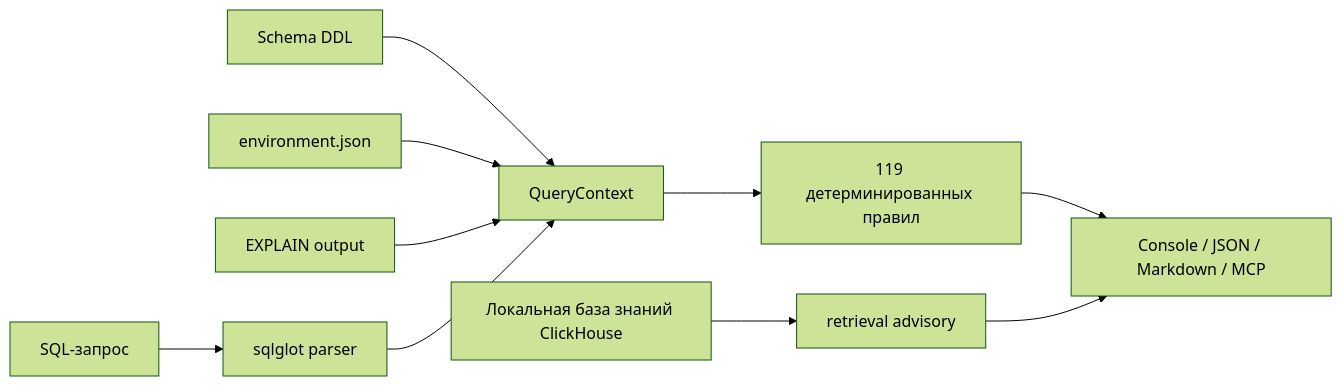
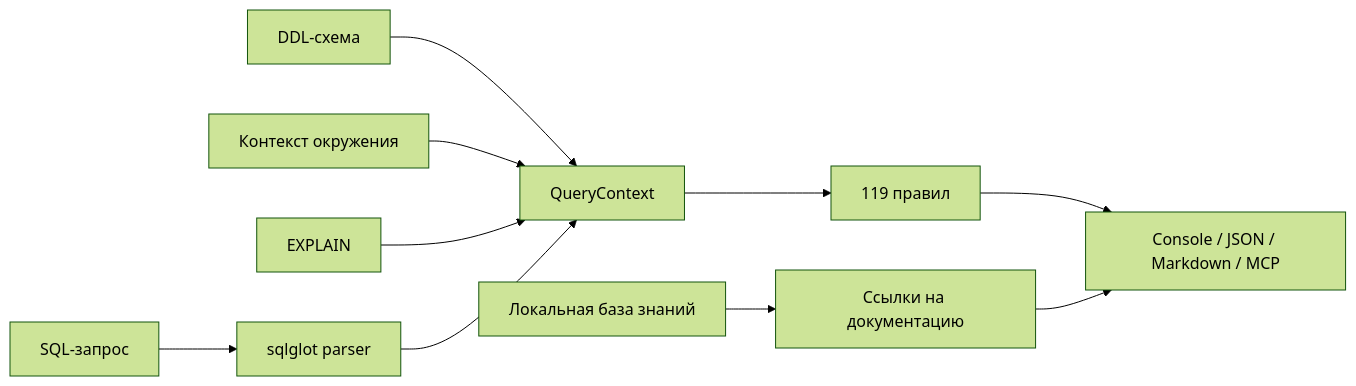
Before and after one commit to olyannaa/clickadvisor: the diagram in README.md, drawn with Mermaid (forest theme). The commit also changed other lines of this file and 2 other files, not shown here.

````diff
--- a/README.md
+++ b/README.md
@@ -66,12 +72,12 @@
 ```mermaid
 flowchart LR
-    A[SQL-запрос] --> B[sqlglot parser]
-    S[Schema DDL] --> C[QueryContext]
-    E[environment.json] --> C
-    X[EXPLAIN output] --> C
-    B --> C
-    C --> R[119 детерминированных правил]
-    R --> O[Console / JSON / Markdown / MCP]
-    K[Локальная база знаний ClickHouse] --> Q[retrieval advisory]
-    Q --> O
+    SQL[SQL-запрос] --> Parser[sqlglot parser]
+    Schema[DDL-схема] --> Context[QueryContext]
+    Env[Контекст окружения] --> Context
+    Explain[EXPLAIN] --> Context
+    Parser --> Context
+    Context --> Rules[119 правил]
+    Rules --> Report[Console / JSON / Markdown / MCP]
+    KB[Локальная база знаний] --> Retrieval[Ссылки на документацию]
+    Retrieval --> Report
 ```
````
